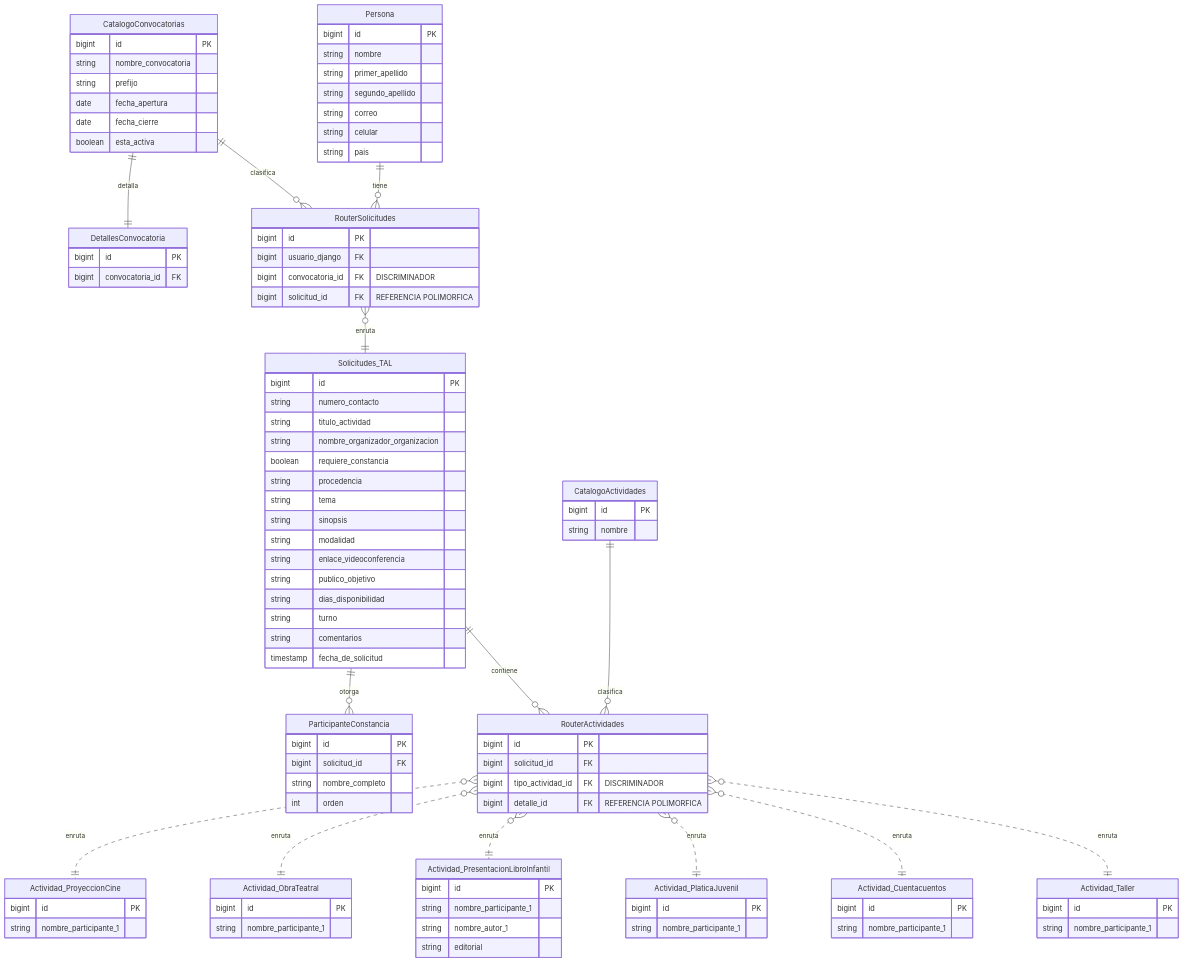
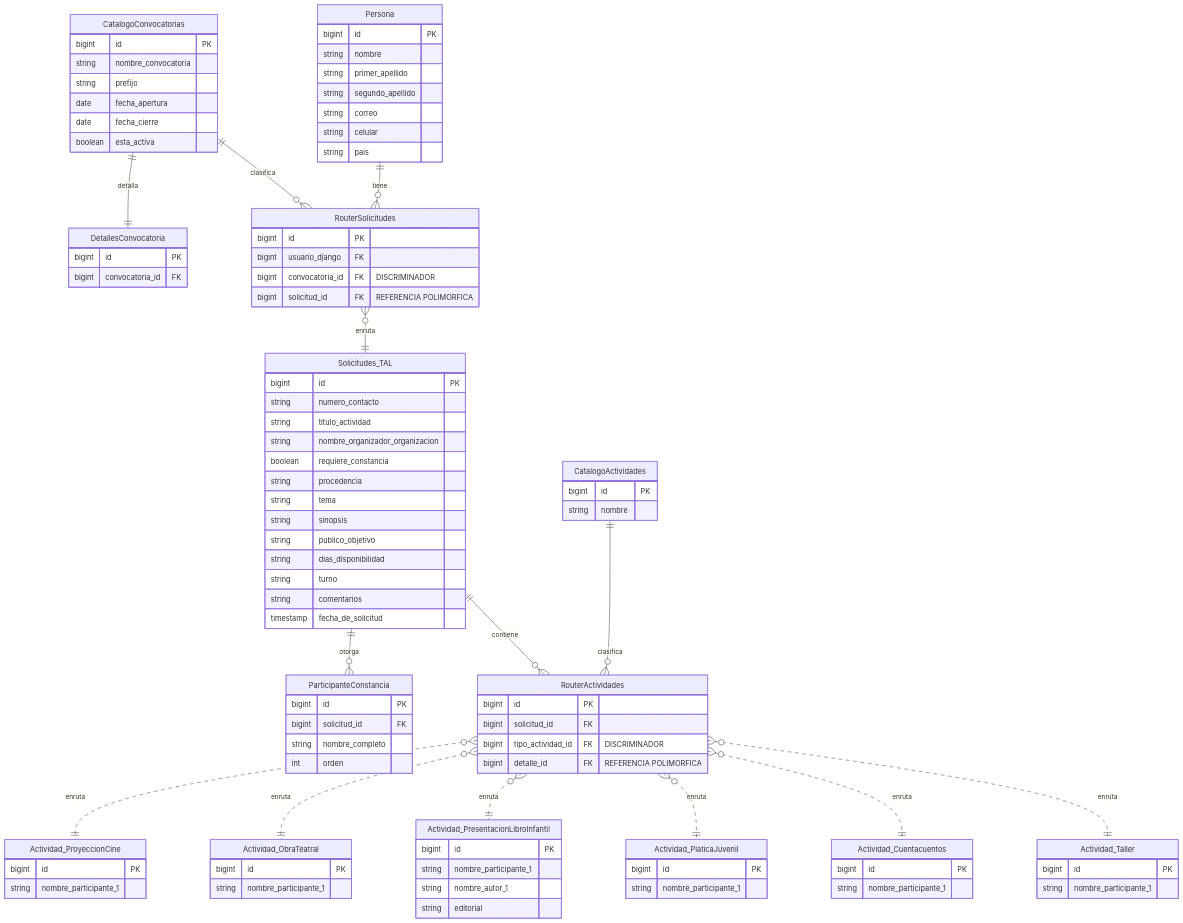
Before and after one commit to Proyectos-Vinculacion-FMAT/FILEYapp26: the diagram in docs/requisitos/TAL/erDiagram - Captura de propuestas.mmd, drawn with Mermaid. The commit also changed 1 other file, not shown here.

```diff
--- a/docs/requisitos/TAL/erDiagram - Captura de propuestas.mmd
+++ b/docs/requisitos/TAL/erDiagram - Captura de propuestas.mmd
@@ -1,119 +1,117 @@
 erDiagram
     Persona {
         bigint id PK
         string nombre
         string primer_apellido
         string segundo_apellido
         string correo
         string celular
         string pais
     }
 
     CatalogoConvocatorias {
         bigint id PK
         string nombre_convocatoria
         string prefijo
         date fecha_apertura
         date fecha_cierre
         boolean esta_activa
     }
 
     DetallesConvocatoria {
         bigint id PK
         bigint convocatoria_id FK
     }
 
     RouterSolicitudes {
         bigint id PK
         bigint usuario_django FK
         bigint convocatoria_id FK "DISCRIMINADOR"
         bigint solicitud_id FK "REFERENCIA POLIMORFICA"
     }
 
     Solicitudes_TAL {
         bigint id PK
         string numero_contacto
         string titulo_actividad
         string nombre_organizador_organizacion
         boolean requiere_constancia
         string procedencia
         string tema
         string sinopsis
-        string modalidad
-        string enlace_videoconferencia
         string publico_objetivo
         string dias_disponibilidad
         string turno
         string comentarios
         timestamp fecha_de_solicitud
     }
 
     ParticipanteConstancia {
         bigint id PK
         bigint solicitud_id FK
         string nombre_completo
         int orden
     }
 
     CatalogoActividades {
         bigint id PK
         string nombre
     }
 
     RouterActividades {
         bigint id PK
         bigint solicitud_id FK
         bigint tipo_actividad_id FK "DISCRIMINADOR"
         bigint detalle_id FK "REFERENCIA POLIMORFICA"
     }
 
     Actividad_Taller {
         bigint id PK
         string nombre_participante_1
     }
 
     Actividad_Cuentacuentos {
         bigint id PK
         string nombre_participante_1
     }
 
     Actividad_PlaticaJuvenil {
         bigint id PK
         string nombre_participante_1
     }
 
     Actividad_PresentacionLibroInfantil {
         bigint id PK
         string nombre_participante_1
         string nombre_autor_1
         string editorial
     }
 
     Actividad_ObraTeatral {
         bigint id PK
         string nombre_participante_1
     }
 
     Actividad_ProyeccionCine {
         bigint id PK
         string nombre_participante_1
     }
 
 
     Persona ||--o{ RouterSolicitudes : "tiene"
     CatalogoConvocatorias ||--o{ RouterSolicitudes : "clasifica"
     CatalogoConvocatorias ||--|| DetallesConvocatoria : "detalla"
 
     RouterSolicitudes }o--|| Solicitudes_TAL : "enruta"
 
     Solicitudes_TAL ||--o{ RouterActividades : "contiene"
     Solicitudes_TAL ||--o{ ParticipanteConstancia : "otorga"
 
     CatalogoActividades ||--o{ RouterActividades : "clasifica"
 
     RouterActividades }o..|| Actividad_Taller : "enruta"
     RouterActividades }o..|| Actividad_Cuentacuentos : "enruta"
     RouterActividades }o..|| Actividad_PlaticaJuvenil : "enruta"
     RouterActividades }o..|| Actividad_PresentacionLibroInfantil : "enruta"
     RouterActividades }o..|| Actividad_ObraTeatral : "enruta"
     RouterActividades }o..|| Actividad_ProyeccionCine : "enruta"
```
